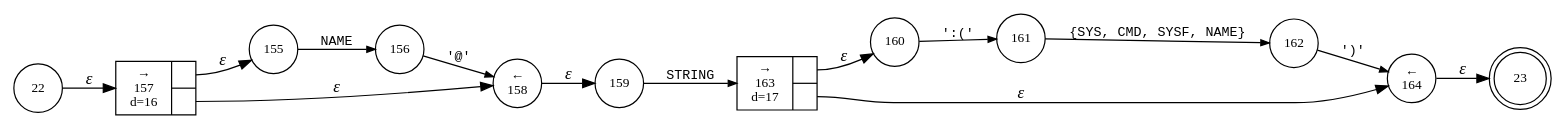
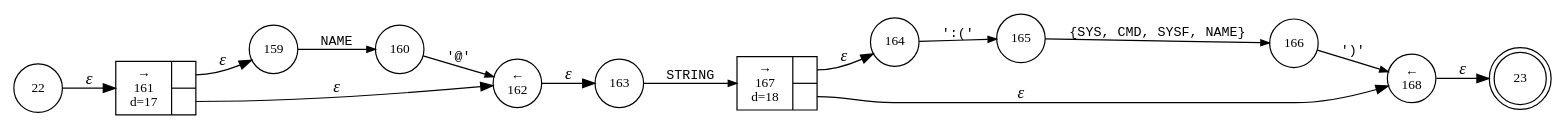
One commit to vulogov/Bund2 changed the diagram in internal/parser/Bund.string_term.dot. Above: the diagram before and after it, drawn with Graphviz. The commit also changed 38 other files, not shown here.

```diff
--- a/internal/parser/Bund.string_term.dot
+++ b/internal/parser/Bund.string_term.dot
@@ -1,28 +1,28 @@
 digraph ATN {
 rankdir=LR;
 s23[fontsize=11, label="23", shape=doublecircle, fixedsize=true, width=.6];
 s160[fontsize=11,label="160", shape=circle, fixedsize=true, width=.55, peripheries=1];
-s161[fontsize=11,label="161", shape=circle, fixedsize=true, width=.55, peripheries=1];
-s162[fontsize=11,label="162", shape=circle, fixedsize=true, width=.55, peripheries=1];
-s163[fontsize=11,label="{&rarr;\n163\nd=17|{<p0>|<p1>}}", shape=record, fixedsize=false, peripheries=1];
-s164[fontsize=11,label="&larr;\n164", shape=circle, fixedsize=true, width=.55, peripheries=1];
+s161[fontsize=11,label="{&rarr;\n161\nd=17|{<p0>|<p1>}}", shape=record, fixedsize=false, peripheries=1];
+s162[fontsize=11,label="&larr;\n162", shape=circle, fixedsize=true, width=.55, peripheries=1];
+s163[fontsize=11,label="163", shape=circle, fixedsize=true, width=.55, peripheries=1];
+s164[fontsize=11,label="164", shape=circle, fixedsize=true, width=.55, peripheries=1];
+s165[fontsize=11,label="165", shape=circle, fixedsize=true, width=.55, peripheries=1];
 s22[fontsize=11,label="22", shape=circle, fixedsize=true, width=.55, peripheries=1];
-s155[fontsize=11,label="155", shape=circle, fixedsize=true, width=.55, peripheries=1];
-s156[fontsize=11,label="156", shape=circle, fixedsize=true, width=.55, peripheries=1];
-s157[fontsize=11,label="{&rarr;\n157\nd=16|{<p0>|<p1>}}", shape=record, fixedsize=false, peripheries=1];
-s158[fontsize=11,label="&larr;\n158", shape=circle, fixedsize=true, width=.55, peripheries=1];
+s166[fontsize=11,label="166", shape=circle, fixedsize=true, width=.55, peripheries=1];
+s167[fontsize=11,label="{&rarr;\n167\nd=18|{<p0>|<p1>}}", shape=record, fixedsize=false, peripheries=1];
+s168[fontsize=11,label="&larr;\n168", shape=circle, fixedsize=true, width=.55, peripheries=1];
 s159[fontsize=11,label="159", shape=circle, fixedsize=true, width=.55, peripheries=1];
-s22 -> s157 [fontname="Times-Italic", label="&epsilon;"];
-s157:p0 -> s155 [fontname="Times-Italic", label="&epsilon;"];
-s157:p1 -> s158 [fontname="Times-Italic", label="&epsilon;"];
-s155 -> s156 [fontsize=11, fontname="Courier", arrowsize=.7, label = "NAME", arrowhead = normal];
-s158 -> s159 [fontname="Times-Italic", label="&epsilon;"];
-s156 -> s158 [fontsize=11, fontname="Courier", arrowsize=.7, label = "'@'", arrowhead = normal];
-s159 -> s163 [fontsize=11, fontname="Courier", arrowsize=.7, label = "STRING", arrowhead = normal];
-s163:p0 -> s160 [fontname="Times-Italic", label="&epsilon;"];
-s163:p1 -> s164 [fontname="Times-Italic", label="&epsilon;"];
-s160 -> s161 [fontsize=11, fontname="Courier", arrowsize=.7, label = "':('", arrowhead = normal];
-s164 -> s23 [fontname="Times-Italic", label="&epsilon;"];
-s161 -> s162 [fontsize=11, fontname="Courier", arrowsize=.7, label = "{SYS, CMD, SYSF, NAME}", arrowhead = normal];
-s162 -> s164 [fontsize=11, fontname="Courier", arrowsize=.7, label = "')'", arrowhead = normal];
+s22 -> s161 [fontname="Times-Italic", label="&epsilon;"];
+s161:p0 -> s159 [fontname="Times-Italic", label="&epsilon;"];
+s161:p1 -> s162 [fontname="Times-Italic", label="&epsilon;"];
+s159 -> s160 [fontsize=11, fontname="Courier", arrowsize=.7, label = "NAME", arrowhead = normal];
+s162 -> s163 [fontname="Times-Italic", label="&epsilon;"];
+s160 -> s162 [fontsize=11, fontname="Courier", arrowsize=.7, label = "'@'", arrowhead = normal];
+s163 -> s167 [fontsize=11, fontname="Courier", arrowsize=.7, label = "STRING", arrowhead = normal];
+s167:p0 -> s164 [fontname="Times-Italic", label="&epsilon;"];
+s167:p1 -> s168 [fontname="Times-Italic", label="&epsilon;"];
+s164 -> s165 [fontsize=11, fontname="Courier", arrowsize=.7, label = "':('", arrowhead = normal];
+s168 -> s23 [fontname="Times-Italic", label="&epsilon;"];
+s165 -> s166 [fontsize=11, fontname="Courier", arrowsize=.7, label = "{SYS, CMD, SYSF, NAME}", arrowhead = normal];
+s166 -> s168 [fontsize=11, fontname="Courier", arrowsize=.7, label = "')'", arrowhead = normal];
 }
```
